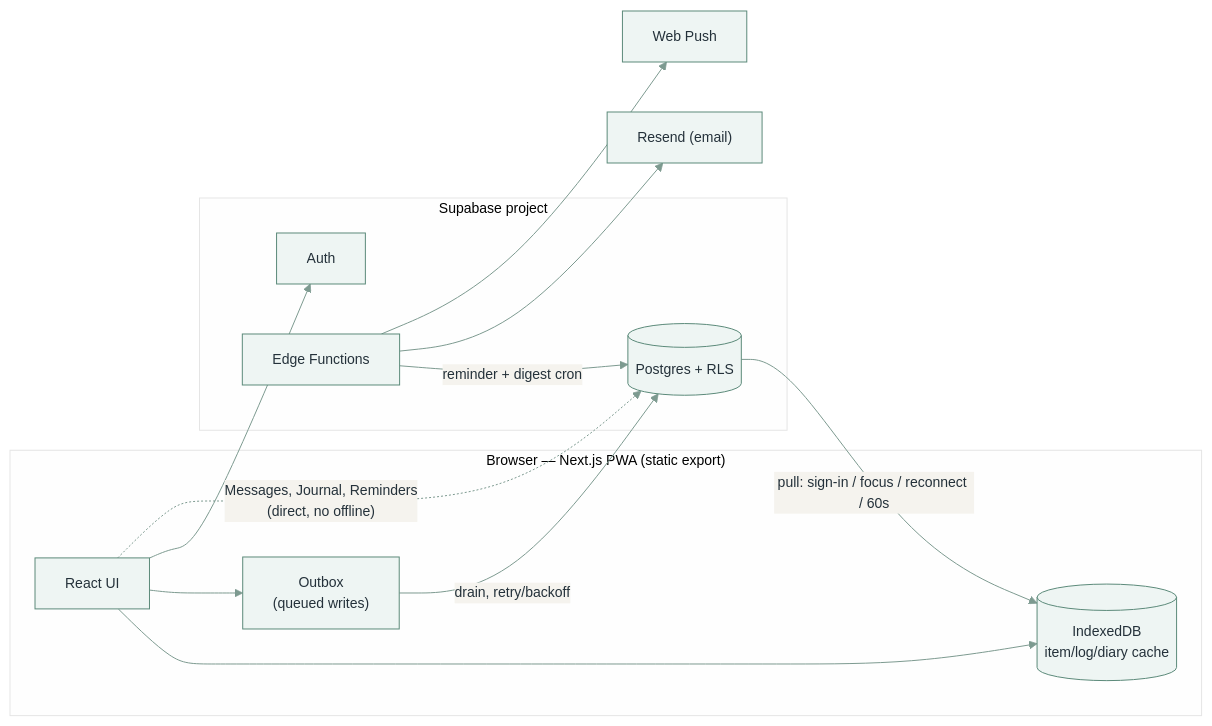
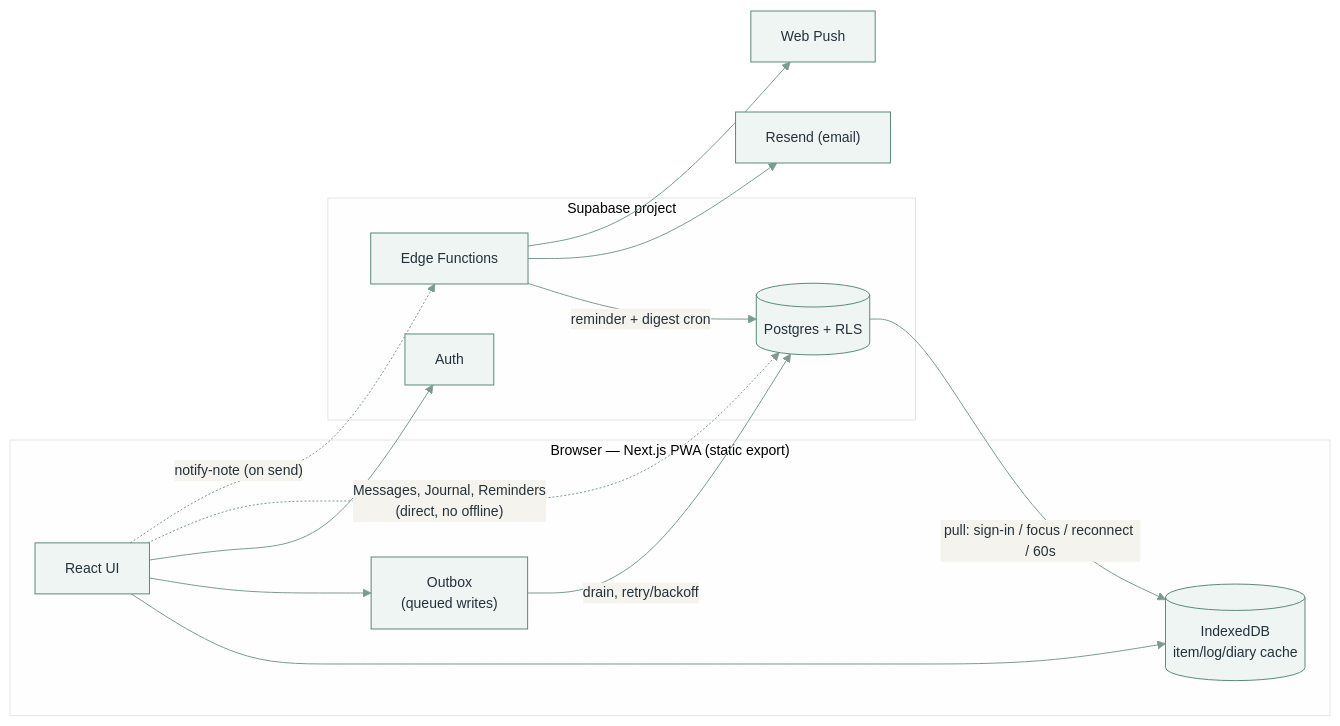
One commit to xxvazquez/health-management changed the diagram in README.md. Above: the diagram before and after it, drawn with Mermaid. The commit also changed other lines of this file and 4 other files, not shown here.

````diff
--- a/README.md
+++ b/README.md
@@ -103,27 +103,28 @@
 ```mermaid
 %%{init: {"theme": "base", "themeVariables": {
   "primaryColor": "#eef5f3", "primaryBorderColor": "#5c8a7a",
   "primaryTextColor": "#24313a", "lineColor": "#7d9a90",
   "fontFamily": "Inter, -apple-system, sans-serif", "fontSize": "14px"
 }}}%%
 flowchart LR
     subgraph browser["Browser — Next.js PWA (static export)"]
         ui["React UI"]
         idb[("IndexedDB<br/>item/log/diary cache")]
         outbox["Outbox<br/>(queued writes)"]
         ui --> idb
         ui --> outbox
     end
     subgraph supa["Supabase project"]
         pg[("Postgres + RLS")]
         auth["Auth"]
         ef["Edge Functions"]
     end
     outbox -->|"drain, retry/backoff"| pg
     pg -->|"pull: sign-in / focus / reconnect / 60s"| idb
     ui --> auth
     ui -.->|"Messages, Journal, Reminders<br/>(direct, no offline)"| pg
+    ui -.->|"notify-note (on send)"| ef
     ef -->|"reminder + digest cron"| pg
     ef --> resend["Resend (email)"]
     ef --> push["Web Push"]
 ```
````
